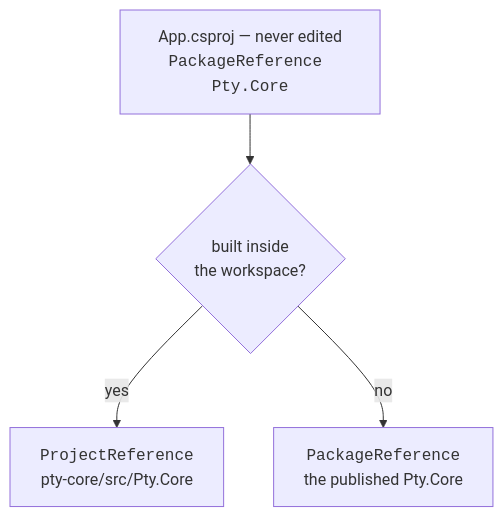
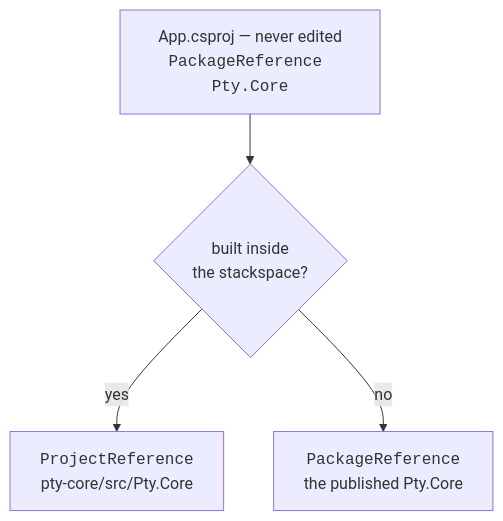
Before and after one commit to rigsmith/rigsmith: the third of 3 diagrams in site/rig/stack.md, drawn with Mermaid. The commit also changed other lines of this file and 18 other files, not shown here.

````diff
--- a/site/rig/stack.md
+++ b/site/rig/stack.md
@@ -230,7 +230,7 @@
 ```mermaid
 flowchart TB
     S["App.csproj — never edited<br/><code>PackageReference Pty.Core</code>"]
-    S --> Q{"built inside<br/>the workspace?"}
+    S --> Q{"built inside<br/>the stackspace?"}
     Q -->|"yes"| P["<code>ProjectReference</code><br/>pty-core/src/Pty.Core"]
     Q -->|"no"| K["<code>PackageReference</code><br/>the published Pty.Core"]
 ```
````
